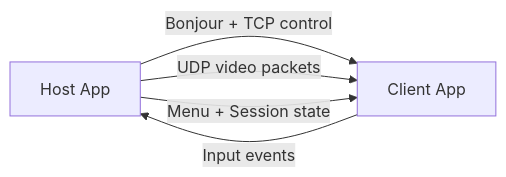
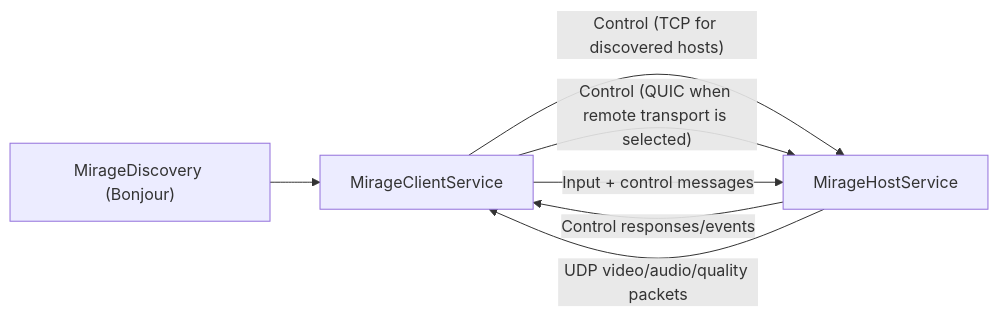
The first of 2 diagrams in Architecture.md (EthanLipnik/MirageKit), drawn with Mermaid before and after one commit. The commit also changed other lines of this file, not shown here.

First line of the commit message:
Restructure Architecture.md and expand modules

````diff
--- a/Architecture.md
+++ b/Architecture.md
@@ -18,7 +13,9 @@
 ```mermaid
 flowchart LR
-    Host[Host App] -->|Bonjour + TCP control| Client[Client App]
-    Host -->|UDP video packets| Client
-    Host -->|Menu + Session state| Client
-    Client -->|Input events| Host
+    Discovery["MirageDiscovery (Bonjour)"] --> Client["MirageClientService"]
+    Client -->|"Control (TCP for discovered hosts)"| Host["MirageHostService"]
+    Client -->|"Control (QUIC when remote transport is selected)"| Host
+    Host -->|"Control responses/events"| Client
+    Host -->|"UDP video/audio/quality packets"| Client
+    Client -->|"Input + control messages"| Host
 ```
````
